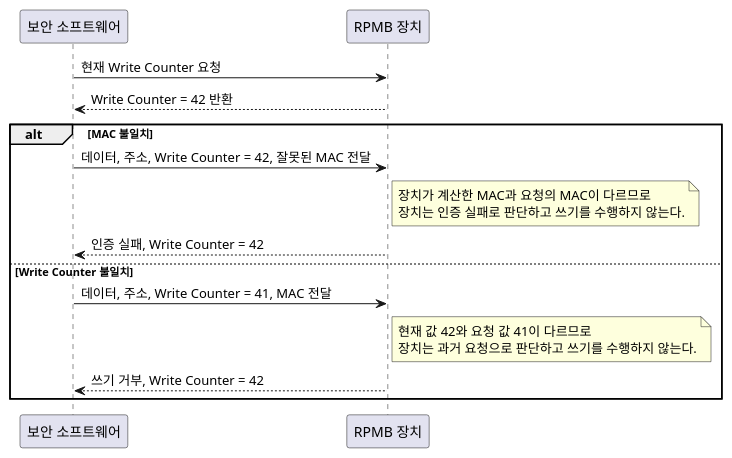
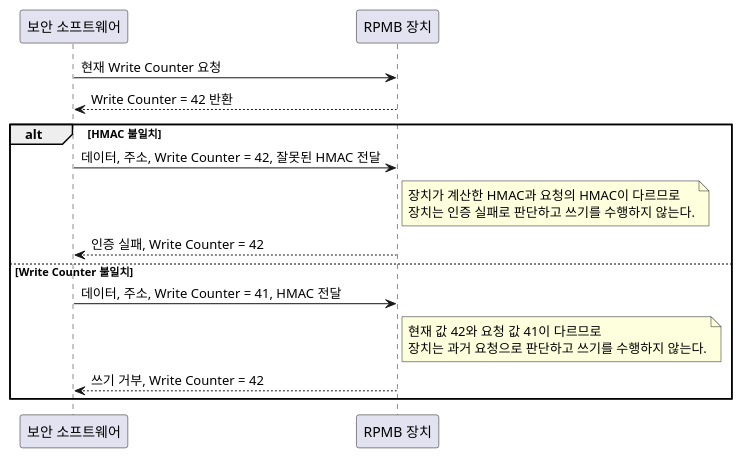
Before and after one commit to boram1288/test-p: the second of 2 diagrams in survey/RPMB.md, drawn with PlantUML. The commit also changed other lines of this file, not shown here.

Commit message:
docs: use HMAC terminology in RPMB guide

````diff
--- a/survey/RPMB.md
+++ b/survey/RPMB.md
@@ -67,25 +67,25 @@
 ```plantuml
 @startuml
 participant "보안 소프트웨어" as SecureSoftware
 participant "RPMB 장치" as RPMBDevice
 
 SecureSoftware -> RPMBDevice: 현재 Write Counter 요청
 RPMBDevice --> SecureSoftware: Write Counter = 42 반환
 
-alt MAC 불일치
-    SecureSoftware -> RPMBDevice: 데이터, 주소, Write Counter = 42, 잘못된 MAC 전달
+alt HMAC 불일치
+    SecureSoftware -> RPMBDevice: 데이터, 주소, Write Counter = 42, 잘못된 HMAC 전달
     note right of RPMBDevice
-      장치가 계산한 MAC과 요청의 MAC이 다르므로
+      장치가 계산한 HMAC과 요청의 HMAC이 다르므로
       장치는 인증 실패로 판단하고 쓰기를 수행하지 않는다.
     end note
     RPMBDevice --> SecureSoftware: 인증 실패, Write Counter = 42
 else Write Counter 불일치
-    SecureSoftware -> RPMBDevice: 데이터, 주소, Write Counter = 41, MAC 전달
+    SecureSoftware -> RPMBDevice: 데이터, 주소, Write Counter = 41, HMAC 전달
     note right of RPMBDevice
       현재 값 42와 요청 값 41이 다르므로
       장치는 과거 요청으로 판단하고 쓰기를 수행하지 않는다.
     end note
     RPMBDevice --> SecureSoftware: 쓰기 거부, Write Counter = 42
 end
 @enduml
 ```
````
